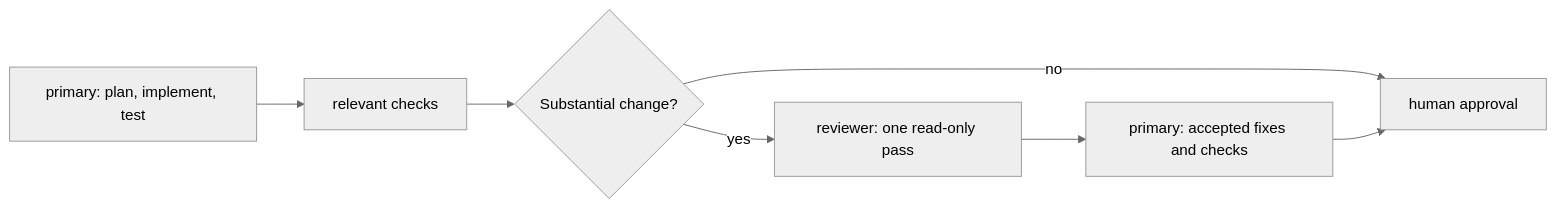
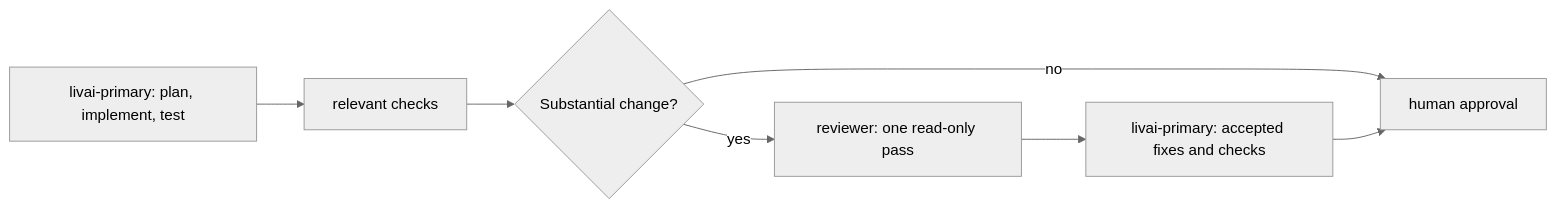
One commit to tomvothecoder/multi-agent-dev-workflow changed the diagram in README.md. Above: the diagram before and after it, drawn with Mermaid (neutral theme). The commit also changed other lines of this file and 2 other files, not shown here.

Commit message:
Add livai equivalents for primary and explorer agent

````diff
--- a/README.md
+++ b/README.md
@@ -7,9 +7,9 @@
 ```mermaid
 flowchart LR
-    A[primary: plan, implement, test] --> B[relevant checks]
+    A[livai-primary: plan, implement, test] --> B[relevant checks]
     B --> C{Substantial change?}
     C -- no --> F[human approval]
     C -- yes --> D[reviewer: one read-only pass]
-    D --> E[primary: accepted fixes and checks]
+    D --> E[livai-primary: accepted fixes and checks]
     E --> F
 ```
````
